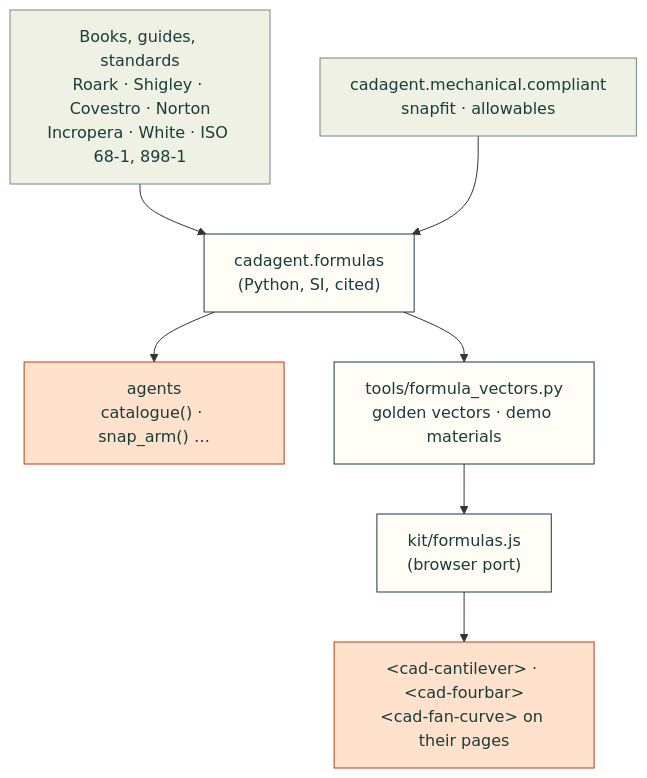
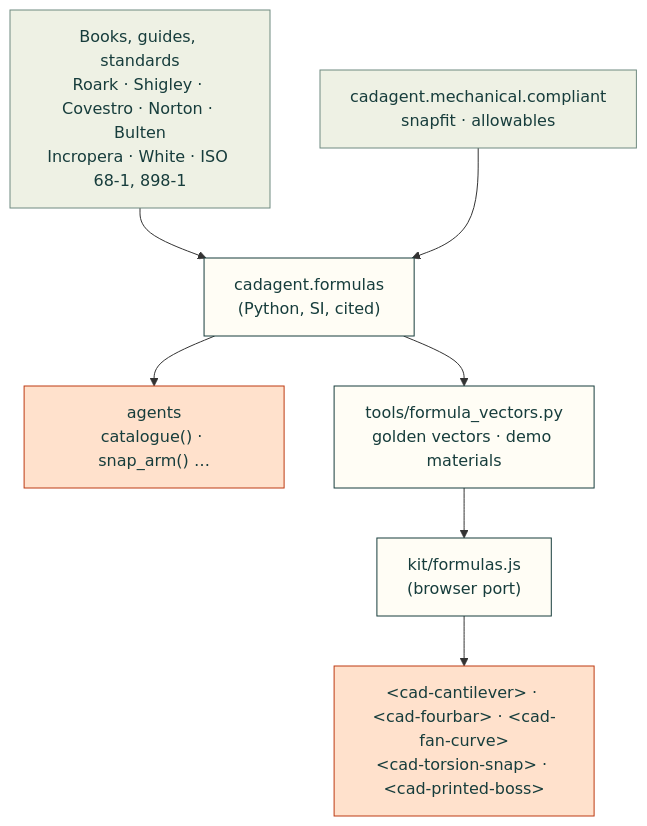
Before and after one commit to Valpatel/cad-agent: the diagram in docs/formulas.md, drawn with Mermaid. The commit also changed other lines of this file and 11 other files, not shown here.

First line of the commit message:
Torsion-bar snap and screw-in-printed-boss formulas (#161)

````diff
--- a/docs/formulas.md
+++ b/docs/formulas.md
@@ -88,15 +93,15 @@
 ```mermaid
 flowchart TD
-    S["Books, guides, standards<br/>Roark · Shigley · Covestro · Norton<br/>Incropera · White · ISO 68-1, 898-1"] --> P["cadagent.formulas<br/>(Python, SI, cited)"]
+    S["Books, guides, standards<br/>Roark · Shigley · Covestro · Norton · Bulten<br/>Incropera · White · ISO 68-1, 898-1"] --> P["cadagent.formulas<br/>(Python, SI, cited)"]
     C["cadagent.mechanical.compliant<br/>snapfit · allowables"] --> P
     P --> A["agents<br/>catalogue() · snap_arm() …"]
     P --> V["tools/formula_vectors.py<br/>golden vectors · demo materials"]
     V --> J["kit/formulas.js<br/>(browser port)"]
-    J --> D["&lt;cad-cantilever&gt; · &lt;cad-fourbar&gt;<br/>&lt;cad-fan-curve&gt; on their pages"]
+    J --> D["&lt;cad-cantilever&gt; · &lt;cad-fourbar&gt; · &lt;cad-fan-curve&gt;<br/>&lt;cad-torsion-snap&gt; · &lt;cad-printed-boss&gt;"]
     classDef here fill:#fffdf5,stroke:#173d3c,color:#173d3c
     classDef near fill:#eef1e4,stroke:#6f8a80,color:#173d3c
     classDef out fill:#ffe1cc,stroke:#bd3a12,color:#173d3c
     class P,V,J here
     class S,C near
     class A,D out
 ```
````
